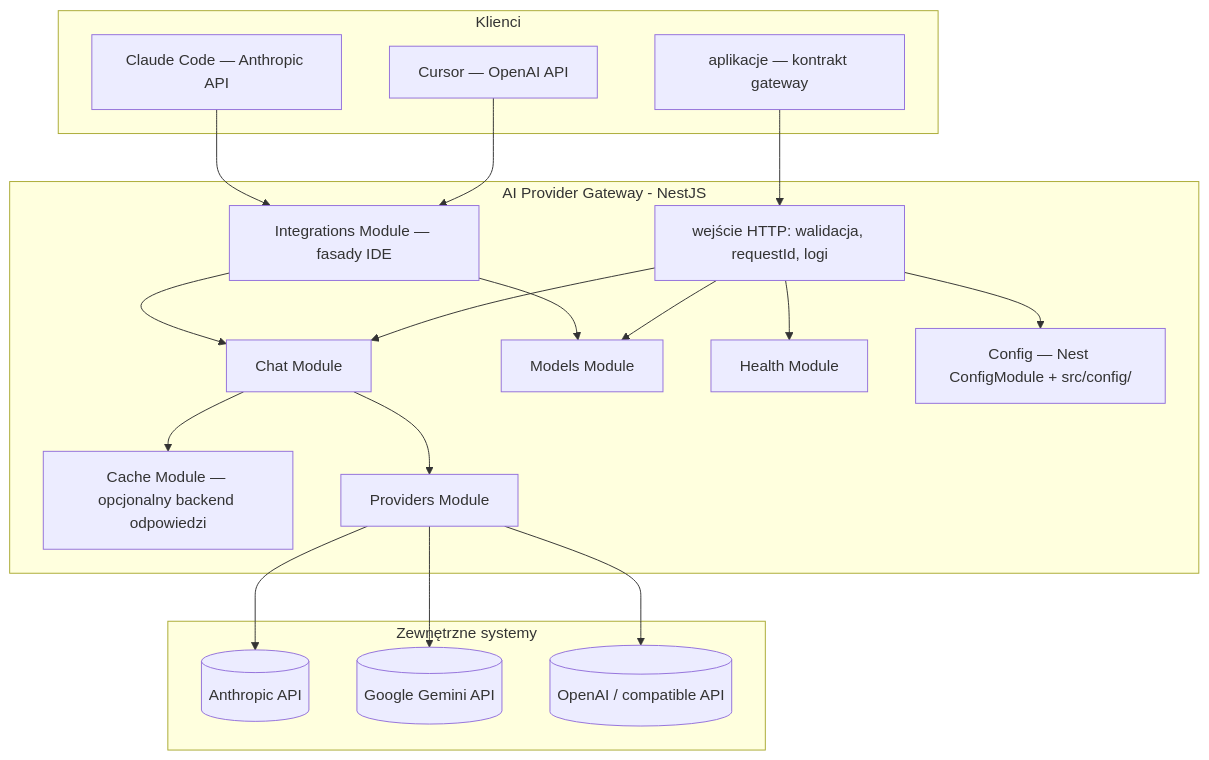
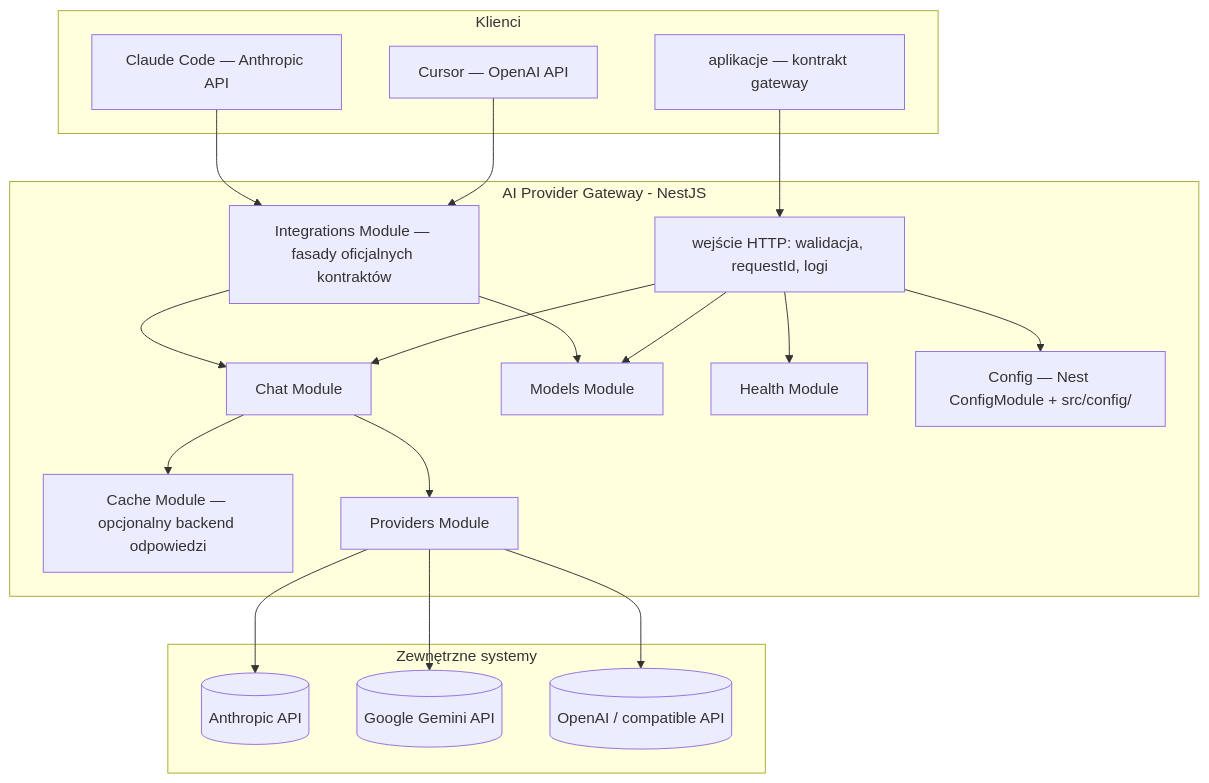
The first of 2 diagrams in docs/pl/architektura.md (matej2314/ai-provider-gateway), drawn with Mermaid before and after one commit. The commit also changed other lines of this file and 271 other files, not shown here.

````diff
--- a/docs/pl/architektura.md
+++ b/docs/pl/architektura.md
@@ -9,40 +9,40 @@
 ```mermaid
 flowchart TB
   subgraph clients [Klienci]
     app[aplikacje — kontrakt gateway]
     cursor[Cursor — OpenAI API]
     claude[Claude Code — Anthropic API]
   end
 
   subgraph gw [AI Provider Gateway - NestJS]
     http[wejście HTTP: walidacja, requestId, logi]
-    integrations[Integrations Module — fasady IDE]
+    integrations[Integrations Module — fasady oficjalnych kontraktów]
     chat[Chat Module]
     models[Models Module]
     cache[Cache Module — opcjonalny backend odpowiedzi]
     providers[Providers Module]
     health[Health Module]
     config[Config — Nest ConfigModule + src/config/]
   end
 
   subgraph external [Zewnętrzne systemy]
     anthropic[(Anthropic API)]
     google[(Google Gemini API)]
     openai[(OpenAI / compatible API)]
   end
 
   app --> http
   cursor --> integrations
   claude --> integrations
   http --> chat
   http --> models
   integrations --> chat
   integrations --> models
   chat --> cache
   chat --> providers
   http --> health
   http --> config
   providers --> anthropic
   providers --> google
   providers --> openai
 ```
````
